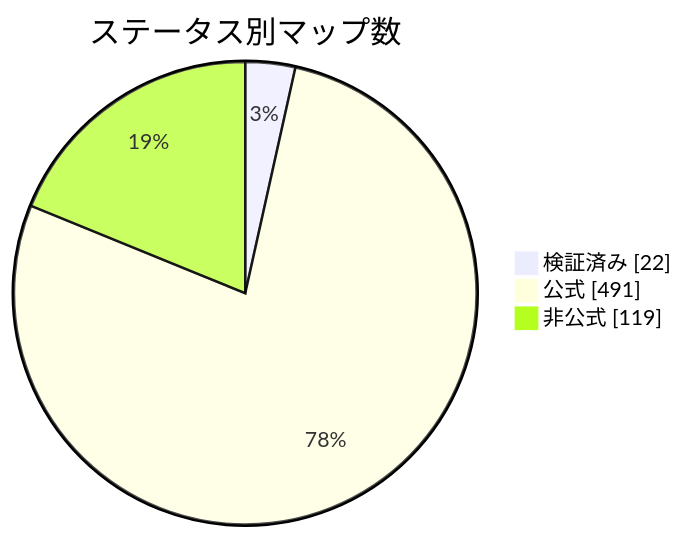
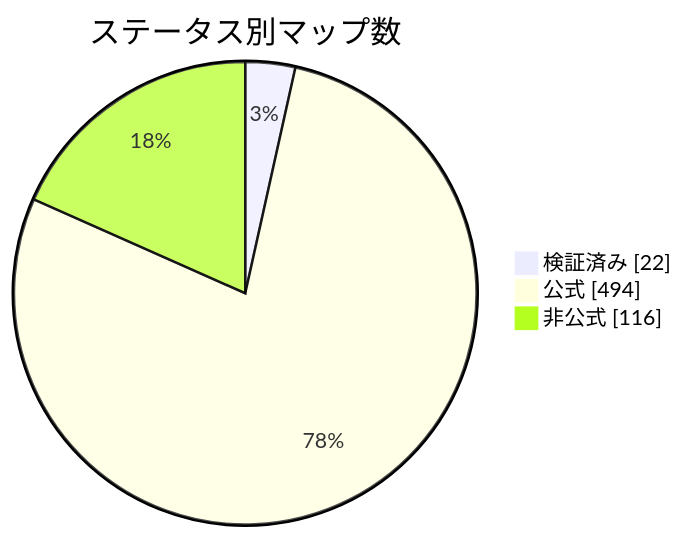
One commit to nobrega8/mbmap-library changed the diagram in docs/readme/README_JP.md. Above: the diagram before and after it, drawn with Mermaid. The commit also changed 8 other files, not shown here.

````diff
--- a/docs/readme/README_JP.md
+++ b/docs/readme/README_JP.md
@@ -54,7 +54,7 @@
 ```mermaid
 pie showData
     title ステータス別マップ数
     "検証済み" : 22
-    "公式" : 491
-    "非公式" : 119
+    "公式" : 494
+    "非公式" : 116
 ```
````
